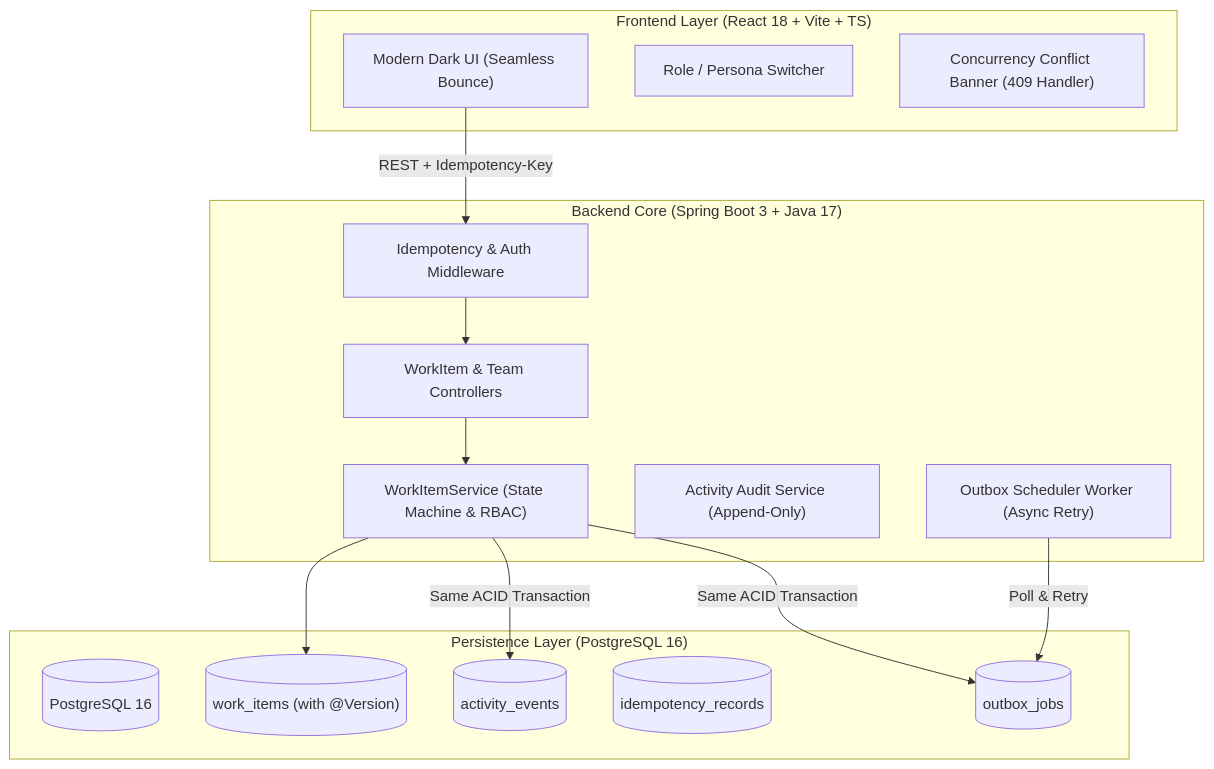
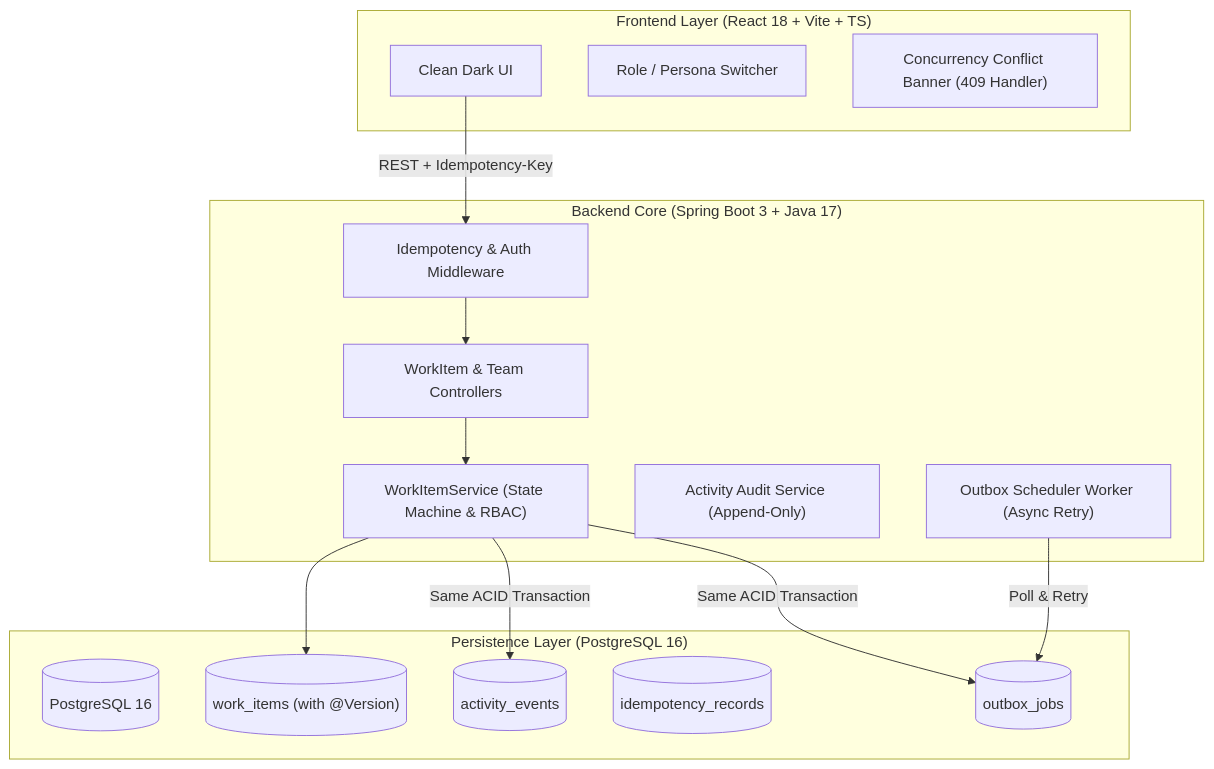
The diagram in README.md (1himanshu1804442/newtonite-ops-2300971530064), drawn with Mermaid before and after one commit. The commit also changed other lines of this file and 1 other file, not shown here.

Commit message:
style: polish documentation and layout styling reset

````diff
--- a/README.md
+++ b/README.md
@@ -11,32 +11,32 @@
 ```mermaid
 flowchart TD
     subgraph Client ["Frontend Layer (React 18 + Vite + TS)"]
-        UI["Modern Dark UI (Seamless Bounce)"]
+        UI["Clean Dark UI"]
         Switcher["Role / Persona Switcher"]
         ConflictBanner["Concurrency Conflict Banner (409 Handler)"]
     end
 
     subgraph Server ["Backend Core (Spring Boot 3 + Java 17)"]
         Filter["Idempotency & Auth Middleware"]
         Controller["WorkItem & Team Controllers"]
         Service["WorkItemService (State Machine & RBAC)"]
         Audit["Activity Audit Service (Append-Only)"]
         Worker["Outbox Scheduler Worker (Async Retry)"]
     end
 
     subgraph Storage ["Persistence Layer (PostgreSQL 16)"]
         DB[("PostgreSQL 16")]
         T_Items[("work_items (with @Version)")]
         T_Audit[("activity_events")]
         T_Idemp[("idempotency_records")]
         T_Outbox[("outbox_jobs")]
     end
 
     UI -->|REST + Idempotency-Key| Filter
     Filter --> Controller
     Controller --> Service
     Service --> T_Items
     Service -->|Same ACID Transaction| T_Audit
     Service -->|Same ACID Transaction| T_Outbox
     Worker -->|Poll & Retry| T_Outbox
 ```
````
